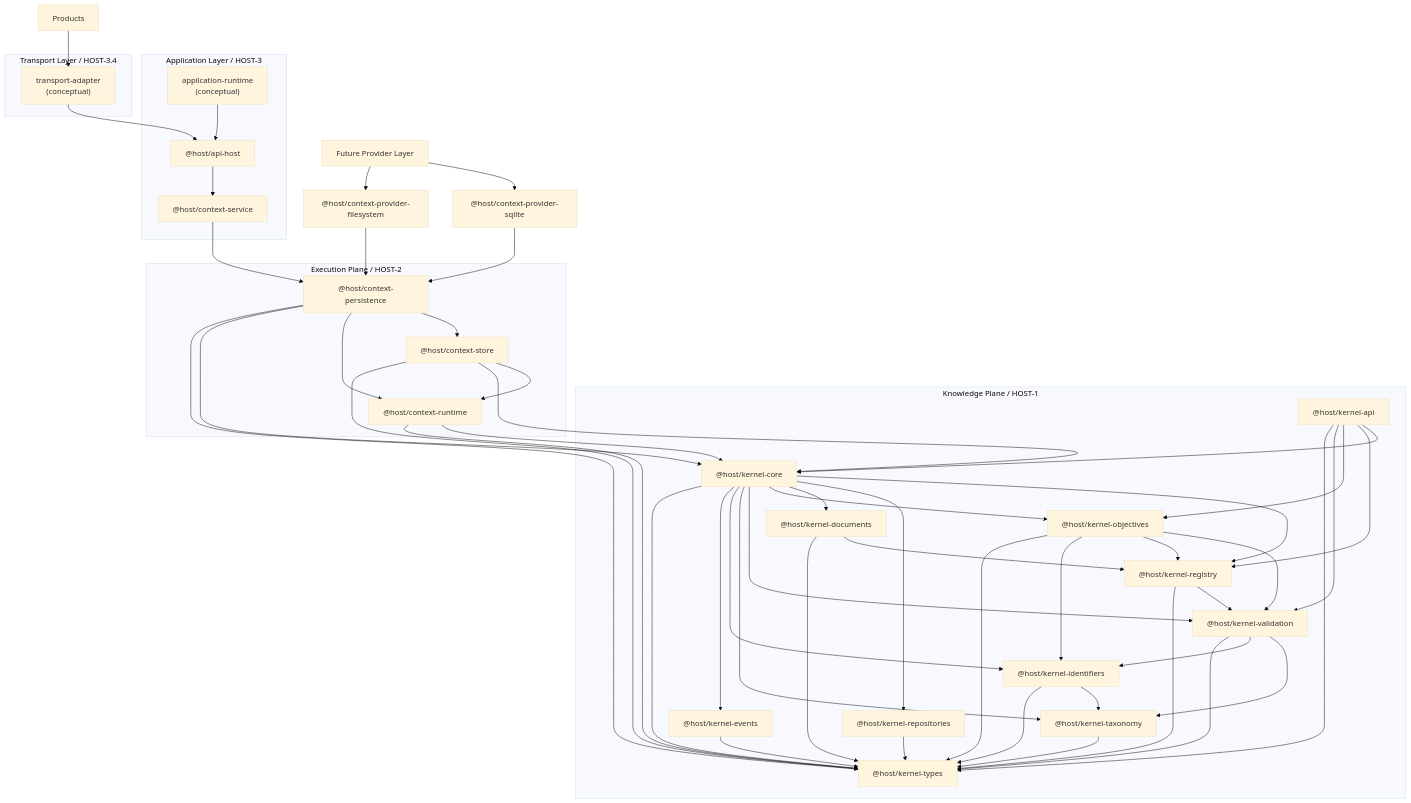
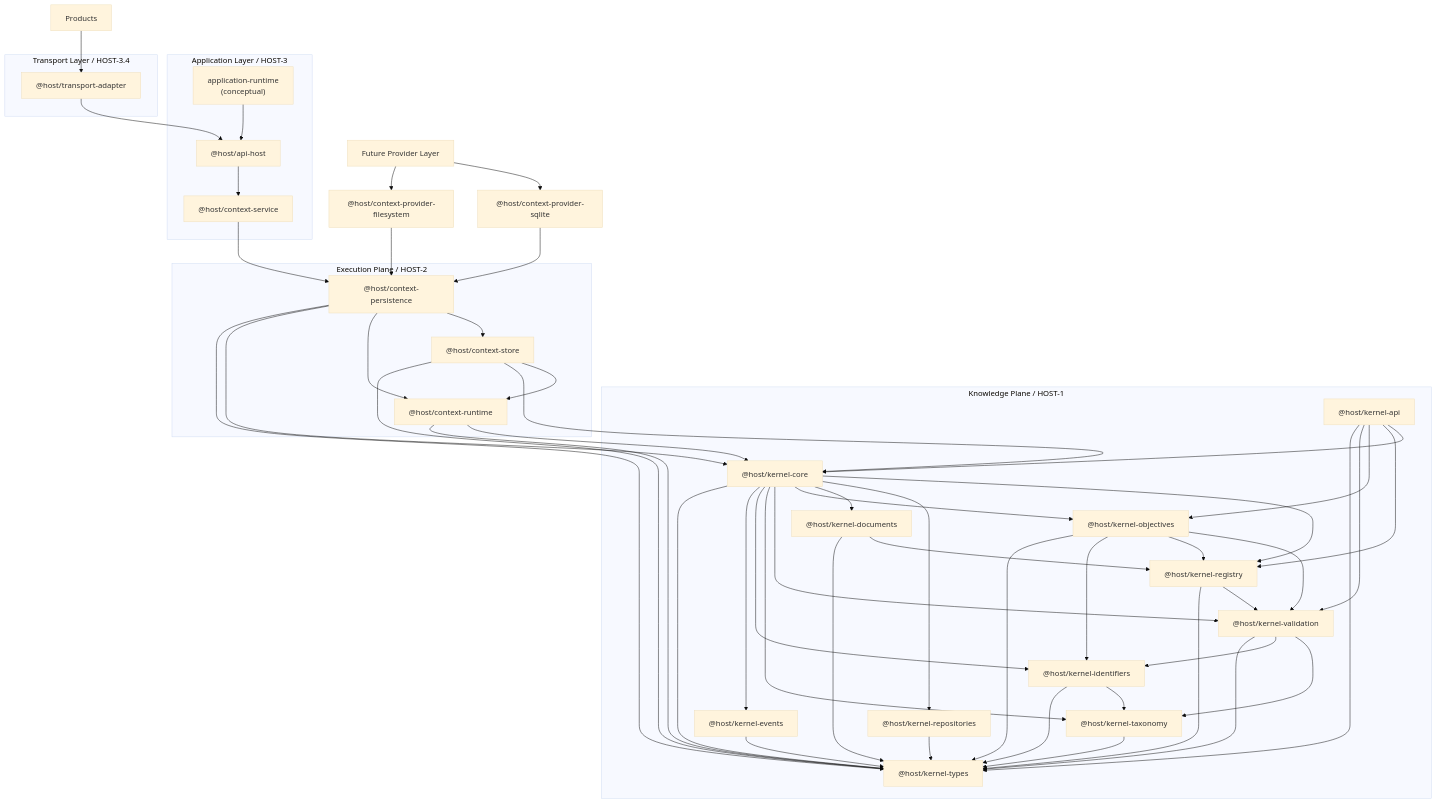
Before and after one commit to captjreacher/HOST-kernel: the diagram in docs/architecture/package-dependency-graph.md, drawn with Mermaid (base theme). The commit also changed other lines of this file and 19 other files, not shown here.

Commit message:
HOST-3.5 add transport-adapter contract package v1.0.0

```diff
--- a/docs/architecture/package-dependency-graph.md
+++ b/docs/architecture/package-dependency-graph.md
@@ -33,7 +33,7 @@
   end
 
   subgraph Transport["Transport Layer / HOST-3.4"]
-  Adapter["transport-adapter\n(conceptual)"]
+  Adapter["@host/transport-adapter"]
   end
 
   Products["Products"]
```
